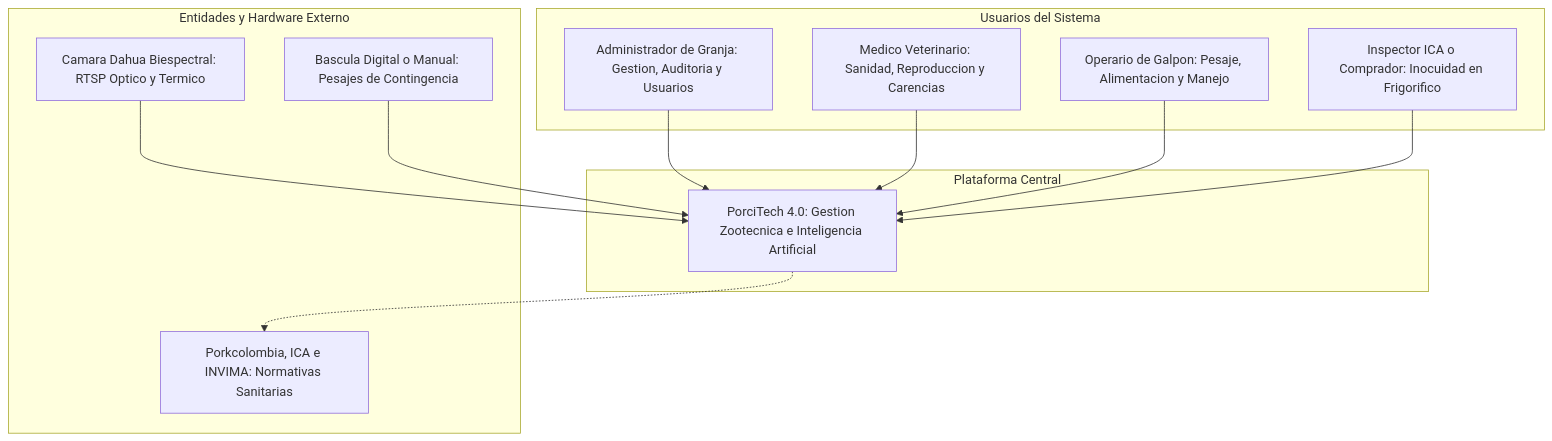
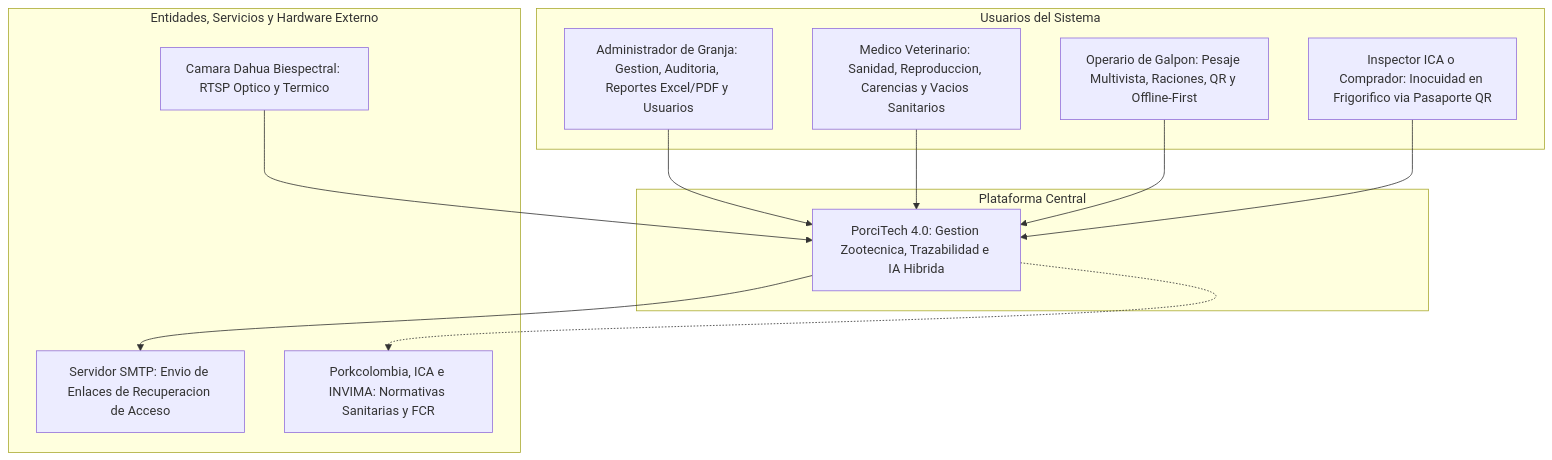
Before and after one commit to DevAvirama/CODIGO_FUENTE_PORCITECH: the second of 8 diagrams in MANUAL_DISENO_TECNICO.md, drawn with Mermaid. The commit also changed other lines of this file and 1 other file, not shown here.

Commit message:
docs: actualizar manual tecnico y manual de usuario a v4.1.0 segun cambios recientes

````diff
--- a/MANUAL_DISENO_TECNICO.md
+++ b/MANUAL_DISENO_TECNICO.md
@@ -168,28 +161,28 @@
 ```mermaid
 flowchart TD
     subgraph ACTORES ["Usuarios del Sistema"]
-        ADM["Administrador de Granja: Gestion, Auditoria y Usuarios"]
-        VET["Medico Veterinario: Sanidad, Reproduccion y Carencias"]
-        OPE["Operario de Galpon: Pesaje, Alimentacion y Manejo"]
-        PUB["Inspector ICA o Comprador: Inocuidad en Frigorifico"]
+        ADM["Administrador de Granja: Gestion, Auditoria, Reportes Excel/PDF y Usuarios"]
+        VET["Medico Veterinario: Sanidad, Reproduccion, Carencias y Vacios Sanitarios"]
+        OPE["Operario de Galpon: Pesaje Multivista, Raciones, QR y Offline-First"]
+        PUB["Inspector ICA o Comprador: Inocuidad en Frigorifico via Pasaporte QR"]
     end
 
     subgraph ECOSISTEMA ["Plataforma Central"]
-        PORCITECH["PorciTech 4.0: Gestion Zootecnica e Inteligencia Artificial"]
+        PORCITECH["PorciTech 4.0: Gestion Zootecnica, Trazabilidad e IA Hibrida"]
     end
 
-    subgraph EXTERNOS ["Entidades y Hardware Externo"]
+    subgraph EXTERNOS ["Entidades, Servicios y Hardware Externo"]
         CAM["Camara Dahua Biespectral: RTSP Optico y Termico"]
-        BAL["Bascula Digital o Manual: Pesajes de Contingencia"]
-        ICA_ENT["Porkcolombia, ICA e INVIMA: Normativas Sanitarias"]
+        SMTP["Servidor SMTP: Envio de Enlaces de Recuperacion de Acceso"]
+        ICA_ENT["Porkcolombia, ICA e INVIMA: Normativas Sanitarias y FCR"]
     end
 
     ADM --> PORCITECH
     VET --> PORCITECH
     OPE --> PORCITECH
     PUB --> PORCITECH
 
     CAM --> PORCITECH
-    BAL --> PORCITECH
+    PORCITECH --> SMTP
     PORCITECH -.-> ICA_ENT
 ```
````
